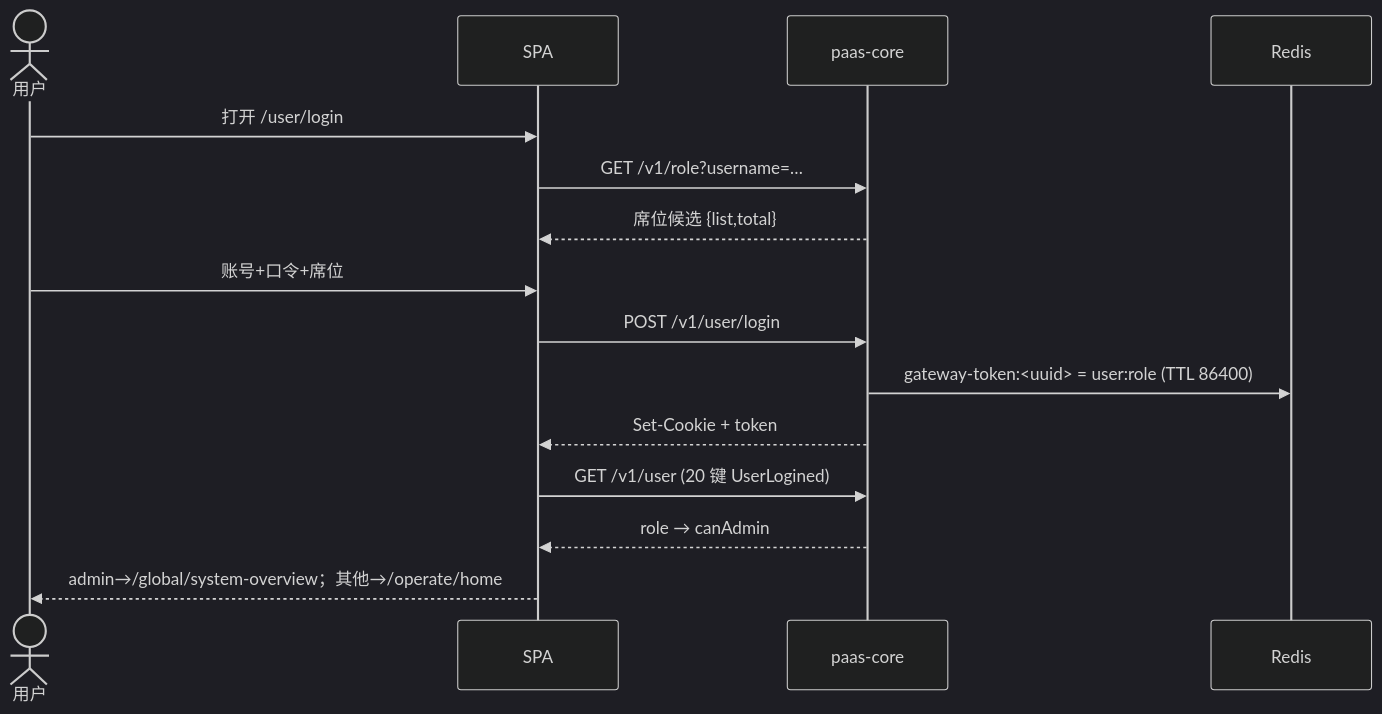
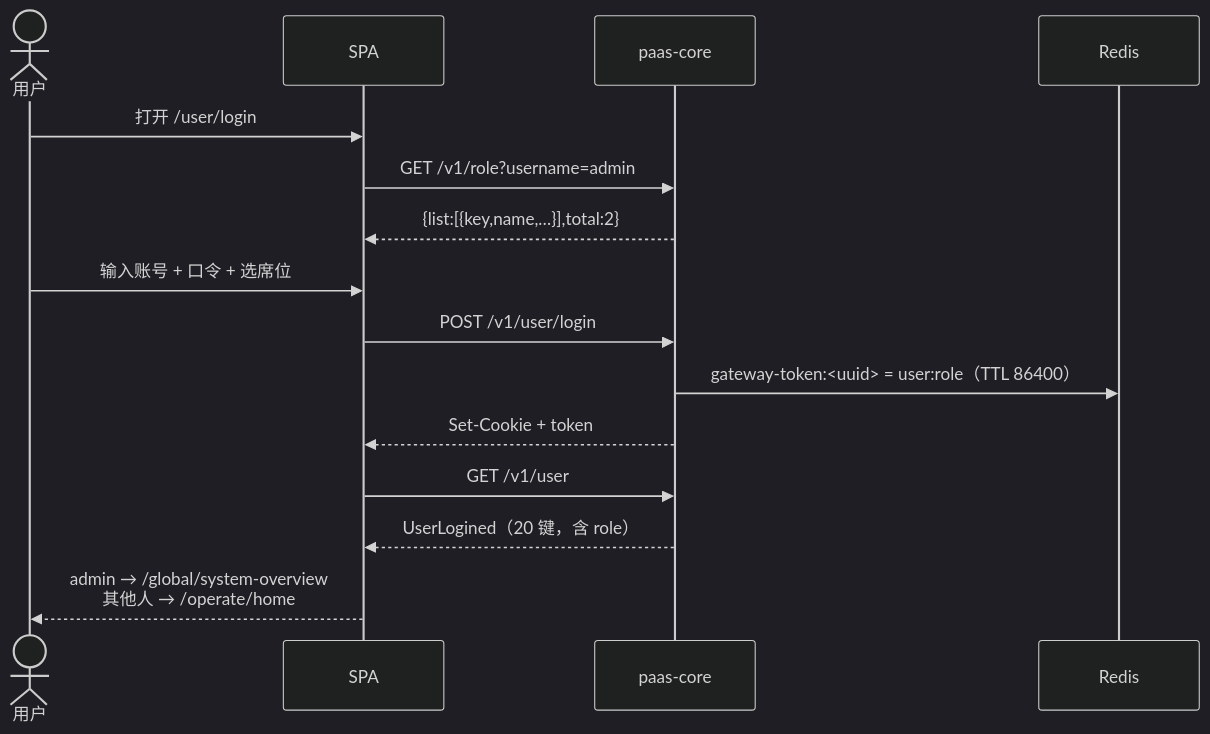
One commit to csm0617/paas-mosp-backend changed diagram 12 of 28 in docs/requirements/rewrite-requirements.md. Above: the diagram before and after it, drawn with Mermaid (dark theme). The commit also changed other lines of this file, not shown here.

First line of the commit message:
docs(requirements): 需求规格改版为 v2.0，补齐背景、原理、示例与 28 张图

````diff
--- a/docs/requirements/rewrite-requirements.md
+++ b/docs/requirements/rewrite-requirements.md
@@ -321,17 +753,17 @@
 ```mermaid
 sequenceDiagram
   actor U as 用户
   participant W as SPA
   participant C as paas-core
   participant R as Redis
   U->>W: 打开 /user/login
-  W->>C: GET /v1/role?username=…
-  C-->>W: 席位候选 {list,total}
-  U->>W: 账号+口令+席位
+  W->>C: GET /v1/role?username=admin
+  C-->>W: {list:[{key,name,…}],total:2}
+  U->>W: 输入账号 + 口令 + 选席位
   W->>C: POST /v1/user/login
-  C->>R: gateway-token:<uuid> = user:role (TTL 86400)
+  C->>R: gateway-token:<uuid> = user:role（TTL 86400）
   C-->>W: Set-Cookie + token
-  W->>C: GET /v1/user (20 键 UserLogined)
-  C-->>W: role → canAdmin
-  W-->>U: admin→/global/system-overview；其他→/operate/home
+  W->>C: GET /v1/user
+  C-->>W: UserLogined（20 键，含 role）
+  W-->>U: admin → /global/system-overview<br/>其他人 → /operate/home
 ```
````
